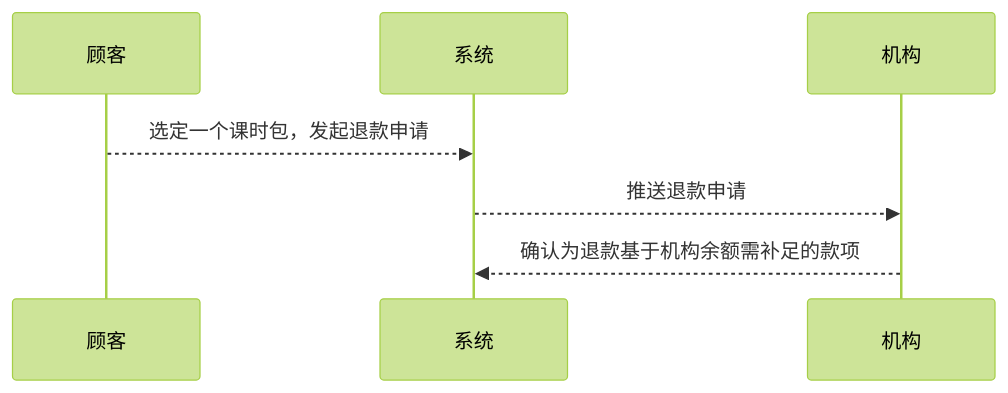
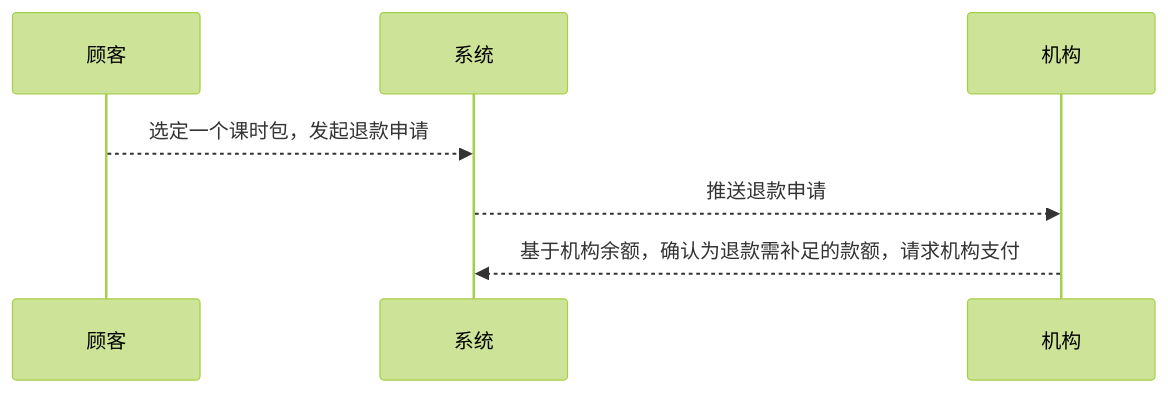
The diagram in 模块/课时包/用例/退课时包.md (world-wide-web/sign), drawn with Mermaid (forest theme) before and after one commit. The commit also changed other lines of this file, not shown here.

Commit message:
模块/课时包/用例/退课时包.md updated from https://stackedit.io/

````diff
--- a/模块/课时包/用例/退课时包.md
+++ b/模块/课时包/用例/退课时包.md
@@ -10,9 +10,9 @@
 	```mermaid
 	sequenceDiagram
 
 	顾客-->>系统: 选定一个课时包，发起退款申请
 
 	系统-->>机构: 推送退款申请
 
-	机构-->>系统: 确认为退款基于机构余额需补足的款项
+	机构-->>系统: 基于机构余额，确认为退款需补足的款额，请求机构支付
 	```
````
